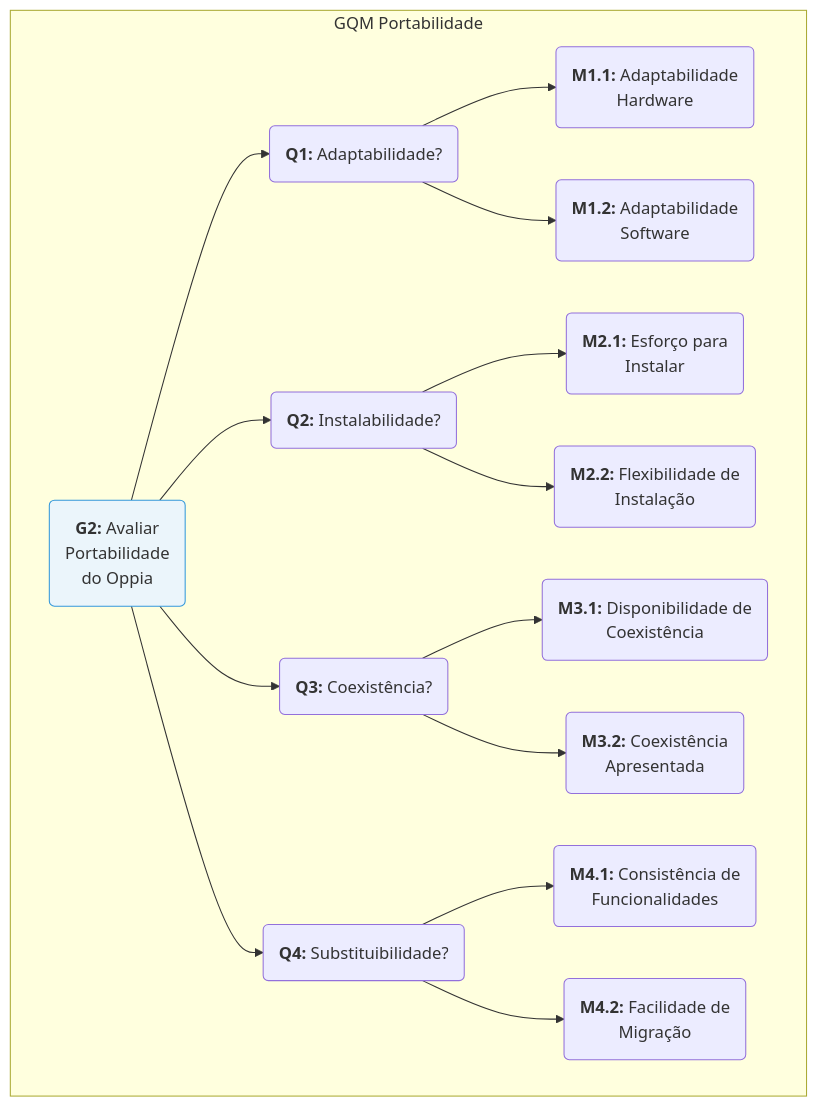
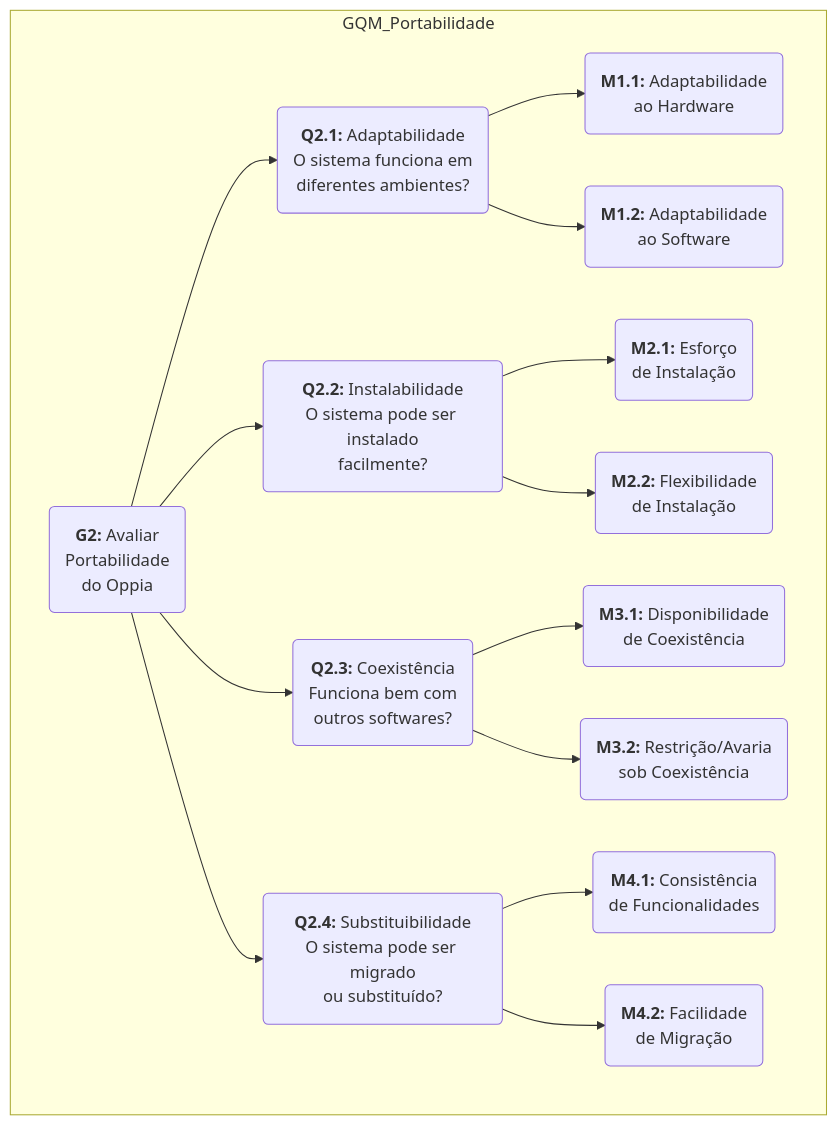
One commit to FCTE-Qualidade-de-Software-1/2025-2_T02_Radia_Perlman changed the diagram in docs/fase2/03_portabilidade.md. Above: the diagram before and after it, drawn with Mermaid. The commit also changed other lines of this file and 2 other files, not shown here.

````diff
--- a/docs/fase2/03_portabilidade.md
+++ b/docs/fase2/03_portabilidade.md
@@ -26,23 +49,29 @@
 ```mermaid
   graph TD
-      subgraph GQM Portabilidade
-          G2("<b>G2:</b> Avaliar<br>Portabilidade<br>do Oppia") --> Q1_P("<b>Q1:</b> Adaptabilidade?");
-          G2 --> Q2_P("<b>Q2:</b> Instalabilidade?");
-          G2 --> Q3_P("<b>Q3:</b> Coexistência?");
-          G2 --> Q4_P("<b>Q4:</b> Substituibilidade?");
+    subgraph GQM_Portabilidade
+        G2("<b>G2:</b> Avaliar<br>Portabilidade<br>do Oppia")
 
-          Q1_P --> M1_1_P("<b>M1.1:</b> Adaptabilidade<br>Hardware");
-          Q1_P --> M1_2_P("<b>M1.2:</b> Adaptabilidade<br>Software");
+        %% QUESTÕES
+        G2 --> Q2_1("<b>Q2.1:</b> Adaptabilidade<br>O sistema funciona em<br>diferentes ambientes?")
+        G2 --> Q2_2("<b>Q2.2:</b> Instalabilidade<br>O sistema pode ser instalado<br>facilmente?")
+        G2 --> Q2_3("<b>Q2.3:</b> Coexistência<br>Funciona bem com<br>outros softwares?")
+        G2 --> Q2_4("<b>Q2.4:</b> Substituibilidade<br>O sistema pode ser migrado<br>ou substituído?")
 
-          Q2_P --> M2_1_P("<b>M2.1:</b> Esforço para<br>Instalar");
-          Q2_P --> M2_2_P("<b>M2.2:</b> Flexibilidade de<br>Instalação");
+        %% MÉTRICAS DE Q2.1
+        Q2_1 --> M1_1("<b>M1.1:</b> Adaptabilidade<br>ao Hardware")
+        Q2_1 --> M1_2("<b>M1.2:</b> Adaptabilidade<br>ao Software")
 
-          Q3_P --> M3_1_P("<b>M3.1:</b> Disponibilidade de<br>Coexistência");
-          Q3_P --> M3_2_P("<b>M3.2:</b> Coexistência<br>Apresentada");
+        %% MÉTRICAS DE Q2.2
+        Q2_2 --> M2_1("<b>M2.1:</b> Esforço<br>de Instalação")
+        Q2_2 --> M2_2("<b>M2.2:</b> Flexibilidade<br>de Instalação")
 
-          Q4_P --> M4_1_P("<b>M4.1:</b> Consistência de<br>Funcionalidades");
-          Q4_P --> M4_2_P("<b>M4.2:</b> Facilidade de<br>Migração");
-      end
+        %% MÉTRICAS DE Q2.3
+        Q2_3 --> M3_1("<b>M3.1:</b> Disponibilidade<br>de Coexistência")
+        Q2_3 --> M3_2("<b>M3.2:</b> Restrição/Avaria<br>sob Coexistência")
 
-      style G2 fill:#EBF5FB,stroke:#3498DB
+        %% MÉTRICAS DE Q2.4
+        Q2_4 --> M4_1("<b>M4.1:</b> Consistência<br>de Funcionalidades")
+        Q2_4 --> M4_2("<b>M4.2:</b> Facilidade<br>de Migração")
+    end
+
 ```
````
